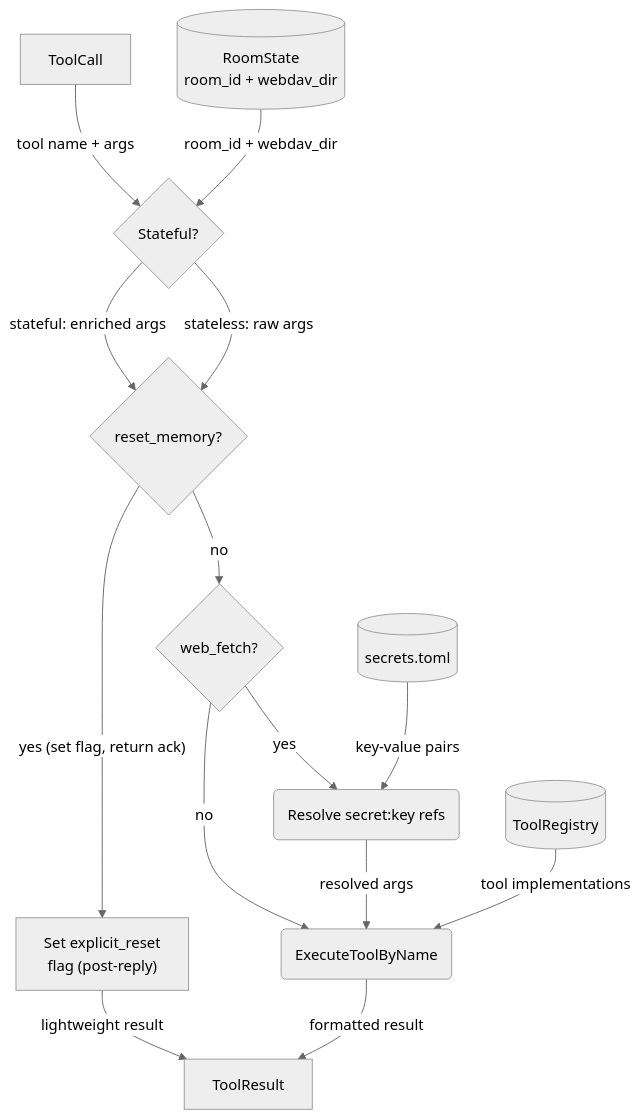
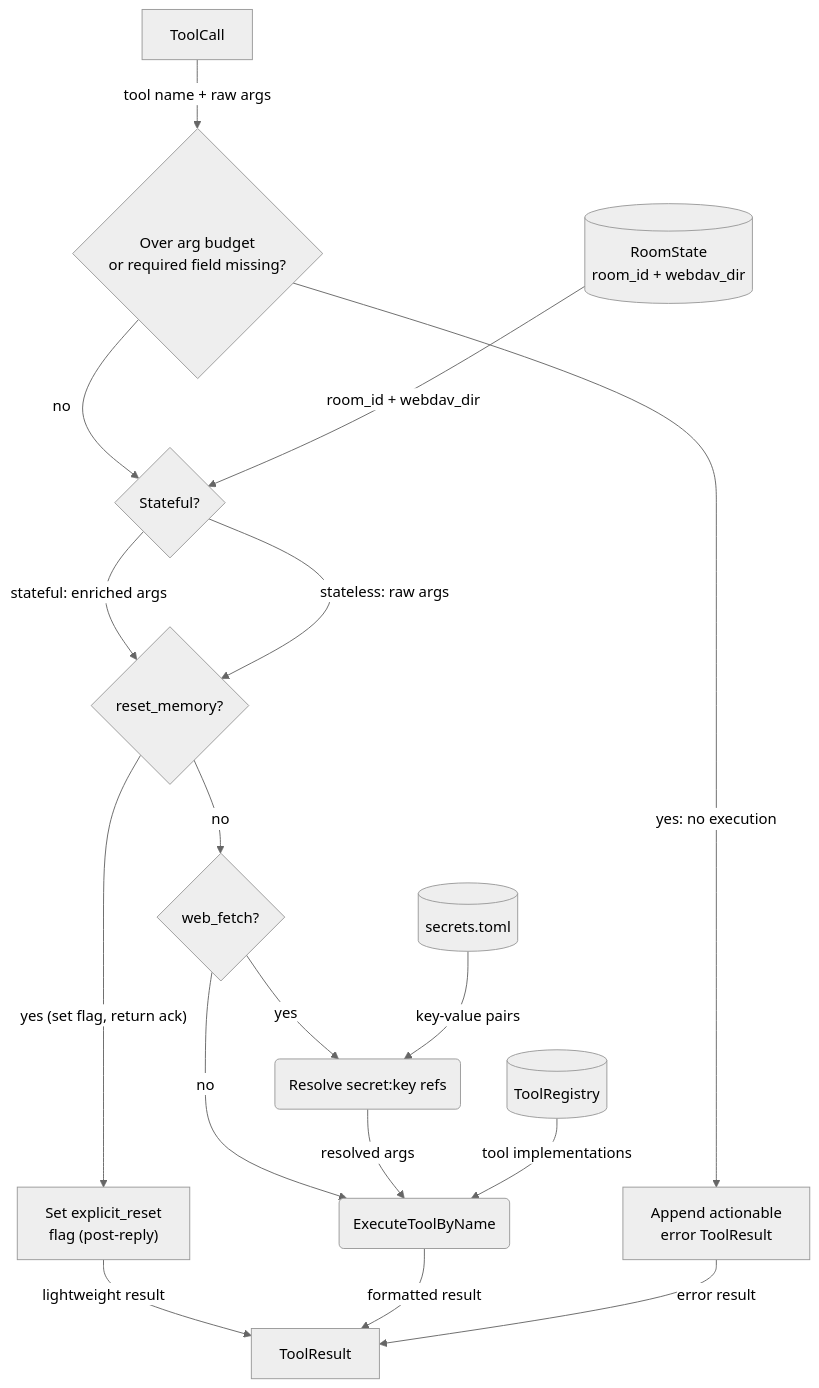
One commit to cosmoswafer/rockbot changed the diagram in docs/dfd/agent/agent-harness/tool-dispatch.md. Above: the diagram before and after it, drawn with Mermaid (neutral theme). The commit also changed other lines of this file and 8 other files, not shown here.

First line of the commit message:
fix(harness): reject truncated tool calls and oversized arguments (#110)

````diff
--- a/docs/dfd/agent/agent-harness/tool-dispatch.md
+++ b/docs/dfd/agent/agent-harness/tool-dispatch.md
@@ -19,28 +26,33 @@
 ```mermaid
 flowchart TD
     CALL[ToolCall]
+    PREFLIGHT{Over arg budget<br/>or required field missing?}
+    REJECT["Append actionable<br/>error ToolResult"]
     INJECT{Stateful?}
     ROOM_CTX[(RoomState<br/>room_id + webdav_dir)]
     REG[(ToolRegistry)]
     RESET{reset_memory?}
     SET_FLAG["Set explicit_reset<br/>flag (post-reply)"]
     SECRETS{web_fetch?}
     SECRET_MAP[(secrets.toml)]
     INJECT_SECRETS(Resolve secret:key refs)
     EXEC(ExecuteToolByName)
     RESULT[ToolResult]
 
-    CALL -->|"tool name + args"| INJECT
+    CALL -->|"tool name + raw args"| PREFLIGHT
+    PREFLIGHT -->|"yes: no execution"| REJECT
+    PREFLIGHT -->|"no"| INJECT
     ROOM_CTX -->|"room_id + webdav_dir"| INJECT
     INJECT -->|"stateful: enriched args"| RESET
     INJECT -->|"stateless: raw args"| RESET
     RESET -->|"yes (set flag, return ack)"| SET_FLAG
     RESET -->|"no"| SECRETS
     SECRETS -->|"yes"| INJECT_SECRETS
     SECRETS -->|"no"| EXEC
     SECRET_MAP -->|"key-value pairs"| INJECT_SECRETS
     INJECT_SECRETS -->|"resolved args"| EXEC
     REG -->|"tool implementations"| EXEC
     SET_FLAG -->|"lightweight result"| RESULT
     EXEC -->|"formatted result"| RESULT
+    REJECT -->|"error result"| RESULT
 ```
````
